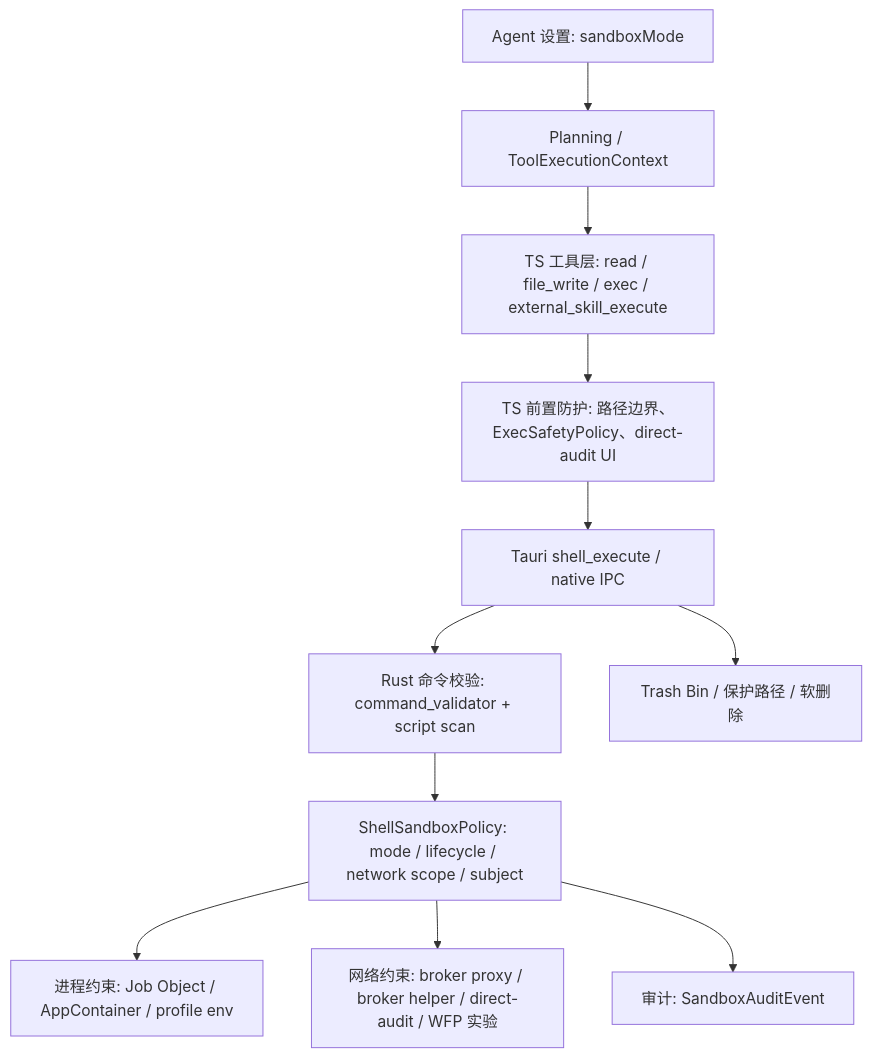
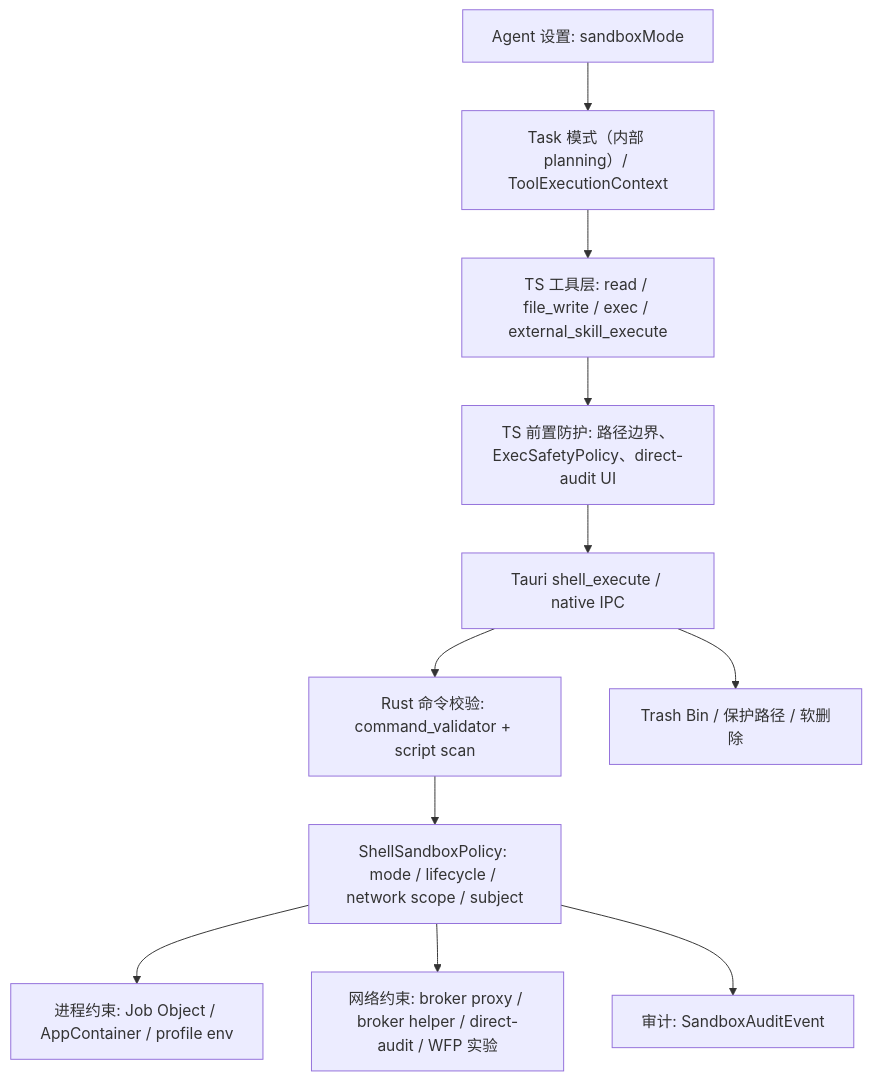
The diagram in docs/AgentVis docs/AgentVis 沙箱机制功能文档.md (Muulor/AgentVis), drawn with Mermaid before and after one commit. The commit also changed other lines of this file and 27 other files, not shown here.

Commit message:
chore/Renamed the user-facing Planning mode to Task

````diff
--- a/docs/AgentVis docs/AgentVis 沙箱机制功能文档.md
+++ b/docs/AgentVis docs/AgentVis 沙箱机制功能文档.md
@@ -57,13 +59,13 @@
 ```mermaid
 flowchart TD
-  A["Agent 设置: sandboxMode"] --> B["Planning / ToolExecutionContext"]
+  A["Agent 设置: sandboxMode"] --> B["Task 模式（内部 planning）/ ToolExecutionContext"]
   B --> C["TS 工具层: read / file_write / exec / external_skill_execute"]
   C --> D["TS 前置防护: 路径边界、ExecSafetyPolicy、direct-audit UI"]
   D --> E["Tauri shell_execute / native IPC"]
   E --> F["Rust 命令校验: command_validator + script scan"]
   F --> G["ShellSandboxPolicy: mode / lifecycle / network scope / subject"]
   G --> H["进程约束: Job Object / AppContainer / profile env"]
   G --> I["网络约束: broker proxy / broker helper / direct-audit / WFP 实验"]
   G --> J["审计: SandboxAuditEvent"]
   E --> K["Trash Bin / 保护路径 / 软删除"]
 ```
````
